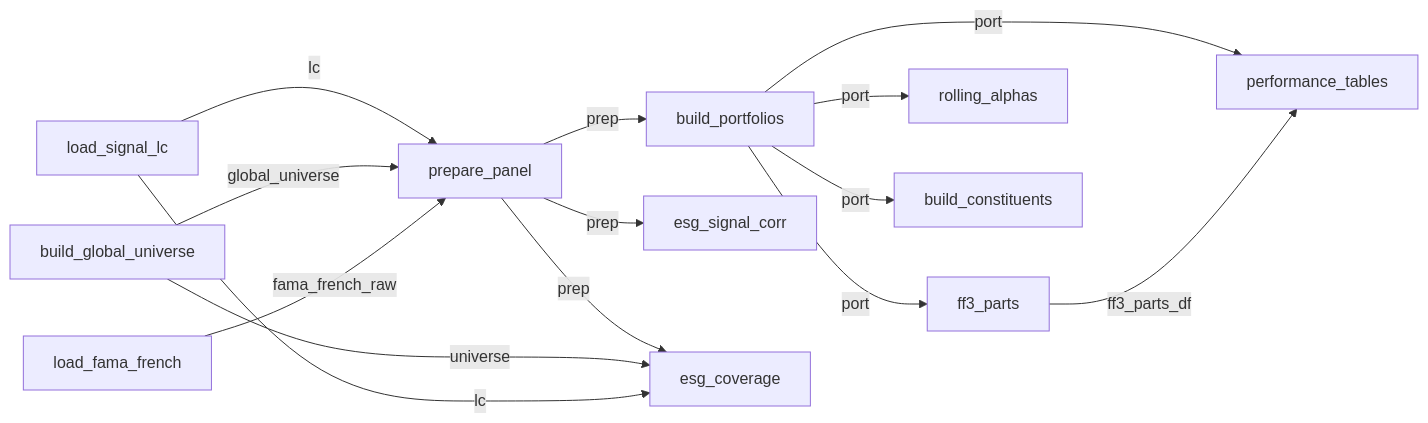
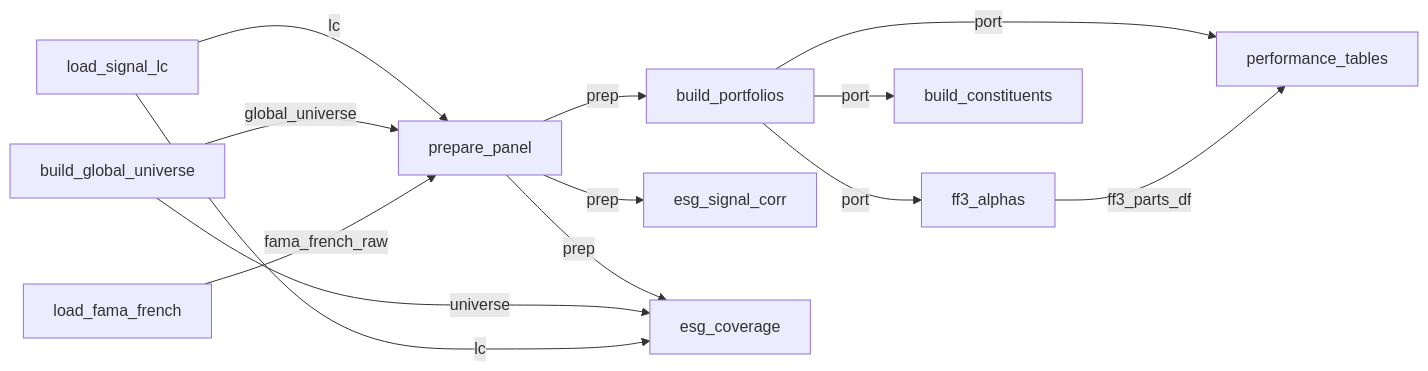
One commit to christy108/modular_fund_analysis changed the diagram in New_Pipeline/README.md. Above: the diagram before and after it, drawn with Mermaid. The commit also changed other lines of this file and 12 other files, not shown here.

````diff
--- a/New_Pipeline/README.md
+++ b/New_Pipeline/README.md
@@ -140,28 +140,26 @@
 ```mermaid
 flowchart LR
     load_signal_lc["load_signal_lc"]
     build_global_universe["build_global_universe"]
     load_fama_french["load_fama_french"]
     prepare_panel["prepare_panel"]
     build_portfolios["build_portfolios"]
-    ff3_parts["ff3_parts"]
-    rolling_alphas["rolling_alphas"]
+    ff3_alphas["ff3_alphas"]
     performance_tables["performance_tables"]
     build_constituents["build_constituents"]
     esg_signal_corr["esg_signal_corr"]
     esg_coverage["esg_coverage"]
 
     load_signal_lc -->|lc| prepare_panel
     build_global_universe -->|global_universe| prepare_panel
     load_fama_french -->|fama_french_raw| prepare_panel
     prepare_panel -->|prep| build_portfolios
     prepare_panel -->|prep| esg_signal_corr
     prepare_panel -->|prep| esg_coverage
     build_global_universe -->|universe| esg_coverage
     load_signal_lc -->|lc| esg_coverage
     build_portfolios -->|port| build_constituents
-    build_portfolios -->|port| ff3_parts
-    build_portfolios -->|port| rolling_alphas
+    build_portfolios -->|port| ff3_alphas
     build_portfolios -->|port| performance_tables
-    ff3_parts -->|ff3_parts_df| performance_tables
+    ff3_alphas -->|ff3_parts_df| performance_tables
 ```
````
